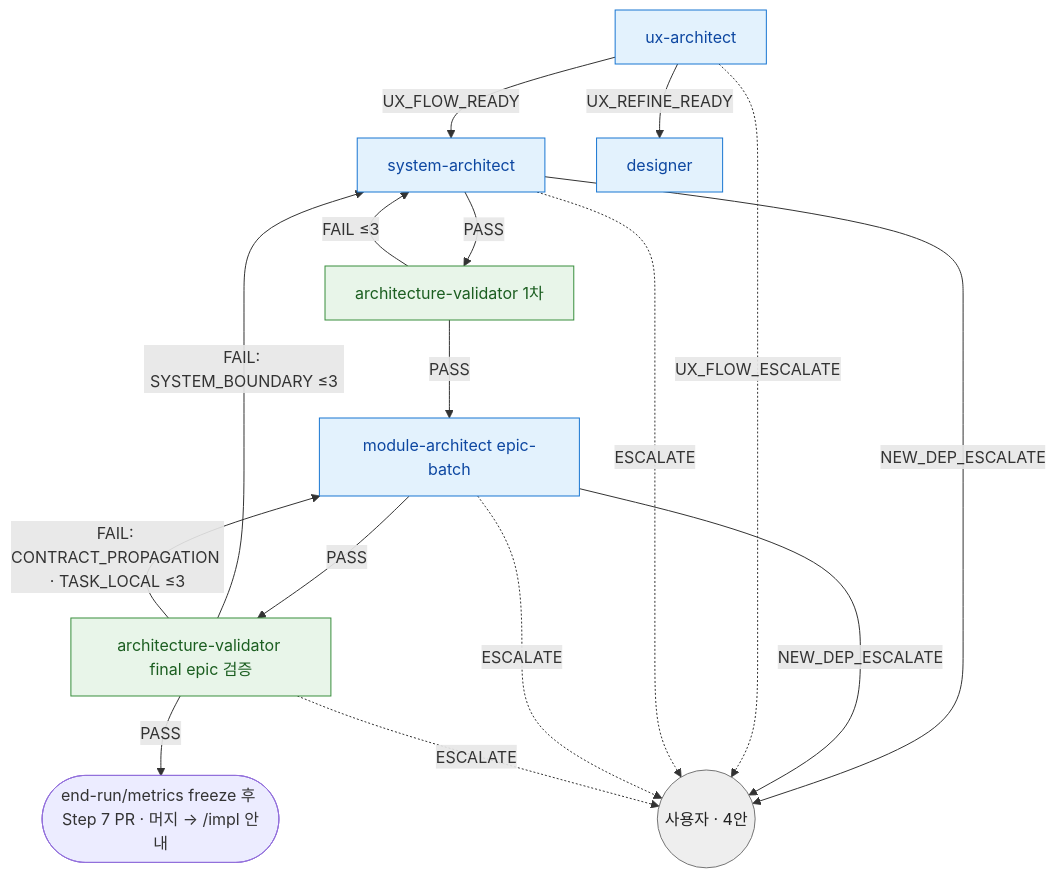
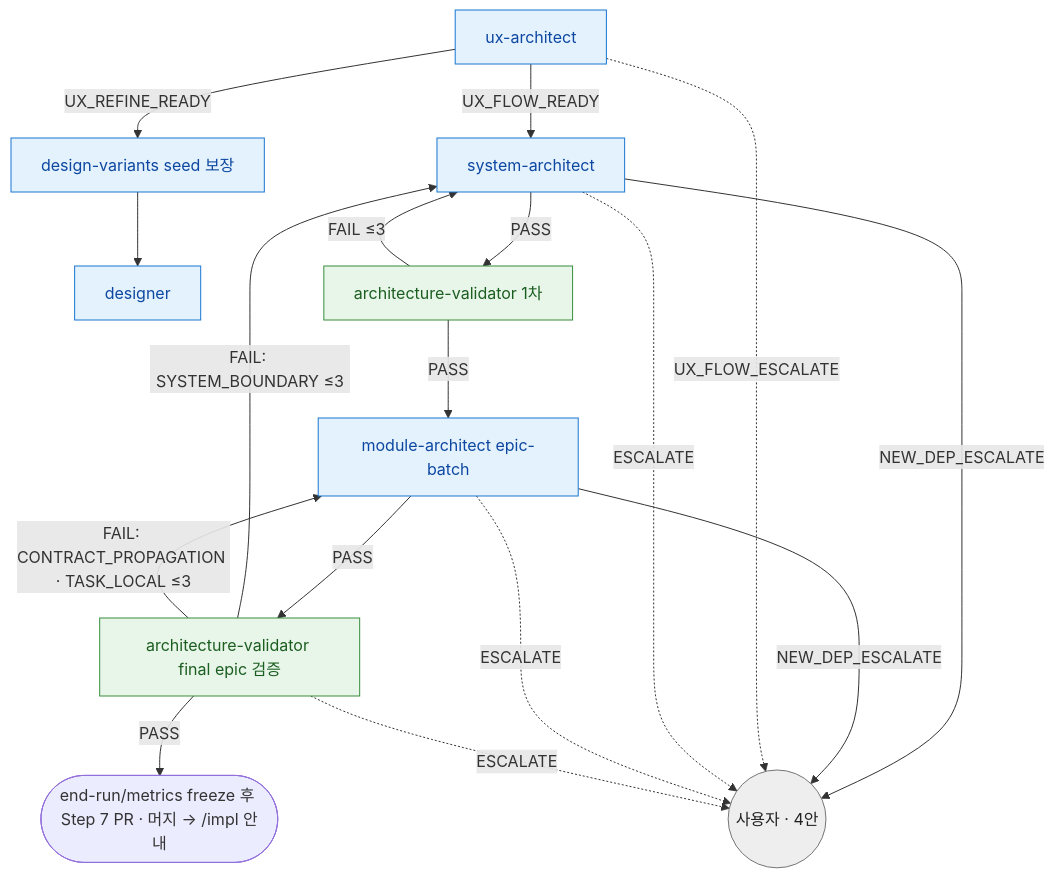
The diagram in skills/design/design-routing.md (Daeguk-Sun/dcNess), drawn with Mermaid before and after one commit. The commit also changed other lines of this file and 10 other files, not shown here.

First line of the commit message:
[issue-843] seed every designer draft route

````diff
--- a/skills/design/design-routing.md
+++ b/skills/design/design-routing.md
@@ -15,25 +15,26 @@
 ```mermaid
 flowchart TB
   UX[ux-architect] -->|UX_FLOW_READY| SA[system-architect]
-  UX -->|UX_REFINE_READY| DS[designer]
+  UX -->|UX_REFINE_READY| SEED[design-variants seed 보장]
+  SEED --> DS[designer]
   SA -->|PASS| AV1[architecture-validator 1차]
   AV1 -->|PASS| MA_BATCH[module-architect epic-batch]
   MA_BATCH -->|PASS| AV_FINAL[architecture-validator final epic 검증]
   AV_FINAL -->|PASS| M([end-run/metrics freeze 후 Step 7 PR · 머지 → /impl 안내])
   AV1 -->|FAIL ≤3| SA
   AV_FINAL -->|"FAIL: SYSTEM_BOUNDARY ≤3"| SA
   AV_FINAL -->|"FAIL: CONTRACT_PROPAGATION · TASK_LOCAL ≤3"| MA_BATCH
   SA -->|NEW_DEP_ESCALATE| U((사용자 · 4안))
   MA_BATCH -->|NEW_DEP_ESCALATE| U
   UX -.->|UX_FLOW_ESCALATE| U
   SA -.->|ESCALATE| U
   MA_BATCH -.->|ESCALATE| U
   AV_FINAL -.->|ESCALATE| U
 
   classDef produce fill:#e3f2fd,stroke:#1976d2,color:#0d47a1
   classDef verify fill:#e8f5e9,stroke:#388e3c,color:#1b5e20
   classDef user fill:#eeeeee,stroke:#757575,color:#212121
-  class UX,SA,DS,MA_BATCH produce
+  class UX,SA,DS,MA_BATCH,SEED produce
   class AV1,AV_FINAL verify
   class U user
 ```
````
